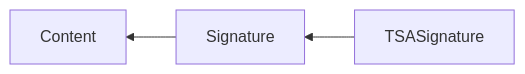
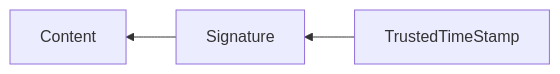
One commit to sergey-shandar/public changed the diagram in notes/dweb/workshop1.md. Above: the diagram before and after it, drawn with Mermaid.

````diff
--- a/notes/dweb/workshop1.md
+++ b/notes/dweb/workshop1.md
@@ -67,4 +67,4 @@
 ```mermaid
 graph RL
-    TSASignature --> Signature --> Content
+    TrustedTimeStamp --> Signature --> Content
 ```
````
